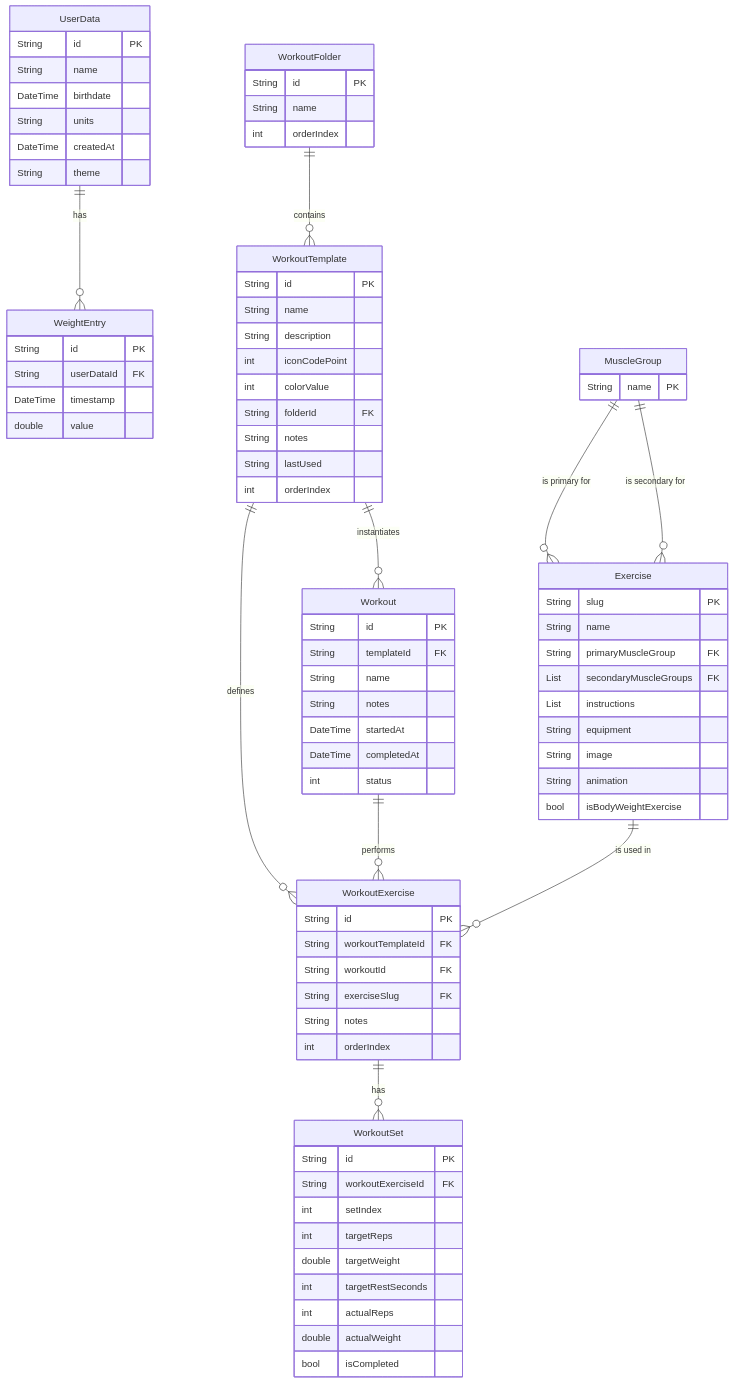
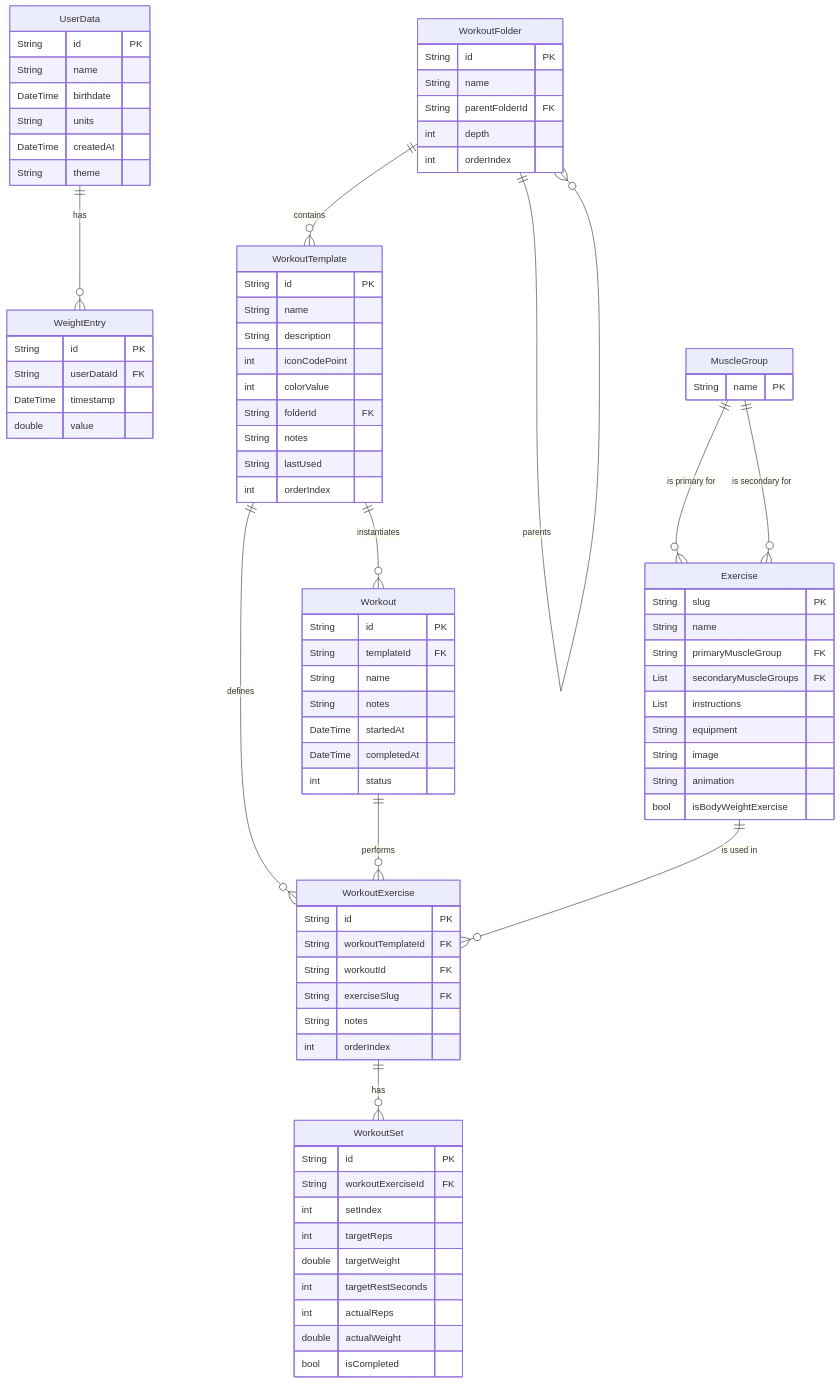
The diagram in docs/database_schema.md (ManuelMuehlberger/zenith), drawn with Mermaid before and after one commit. The commit also changed other lines of this file and 7 other files, not shown here.

Commit message:
Add nested workout folder hierarchy

````diff
--- a/docs/database_schema.md
+++ b/docs/database_schema.md
@@ -7,6 +7,7 @@
 ```mermaid
 erDiagram
     UserData ||--o{ WeightEntry : "has"
+    WorkoutFolder ||--o{ WorkoutFolder : "parents"
     WorkoutFolder ||--o{ WorkoutTemplate : "contains"
     WorkoutTemplate ||--o{ Workout : "instantiates"
     WorkoutTemplate ||--o{ WorkoutExercise : "defines"
@@ -35,6 +36,8 @@
     WorkoutFolder {
         String id PK
         String name
+        String parentFolderId FK
+        int depth
         int orderIndex
     }
 
````
